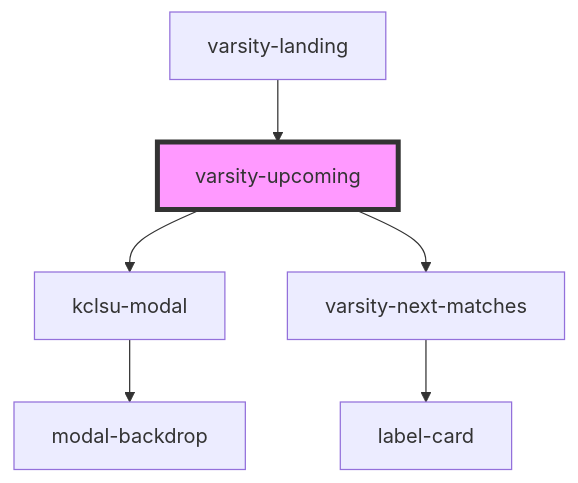
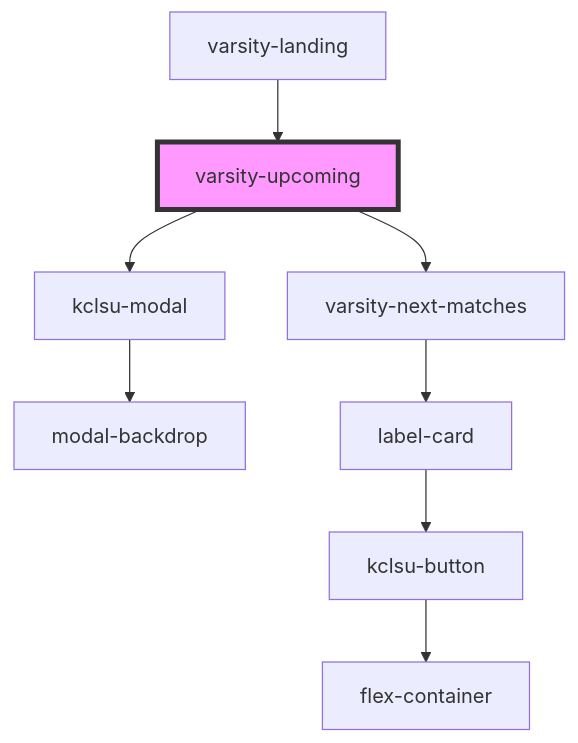
The diagram in src/components/varsity/varsity-landing/varsity-upcoming/readme.md (dev-kylo/component_library), drawn with Mermaid before and after one commit. The commit also changed 11 other files, not shown here.

````diff
--- a/src/components/varsity/varsity-landing/varsity-upcoming/readme.md
+++ b/src/components/varsity/varsity-landing/varsity-upcoming/readme.md
@@ -28,9 +28,11 @@
 ```mermaid
 graph TD;
   varsity-upcoming --> kclsu-modal
   varsity-upcoming --> varsity-next-matches
   kclsu-modal --> modal-backdrop
   varsity-next-matches --> label-card
+  label-card --> kclsu-button
+  kclsu-button --> flex-container
   varsity-landing --> varsity-upcoming
   style varsity-upcoming fill:#f9f,stroke:#333,stroke-width:4px
 ```
````
